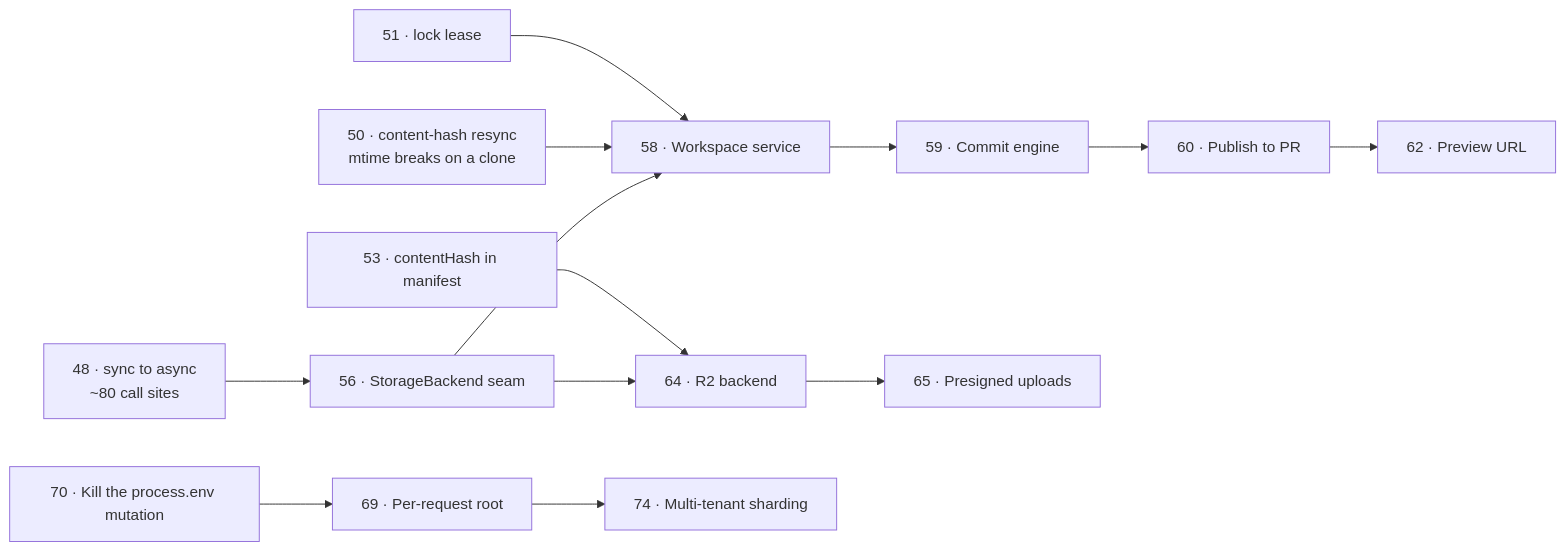
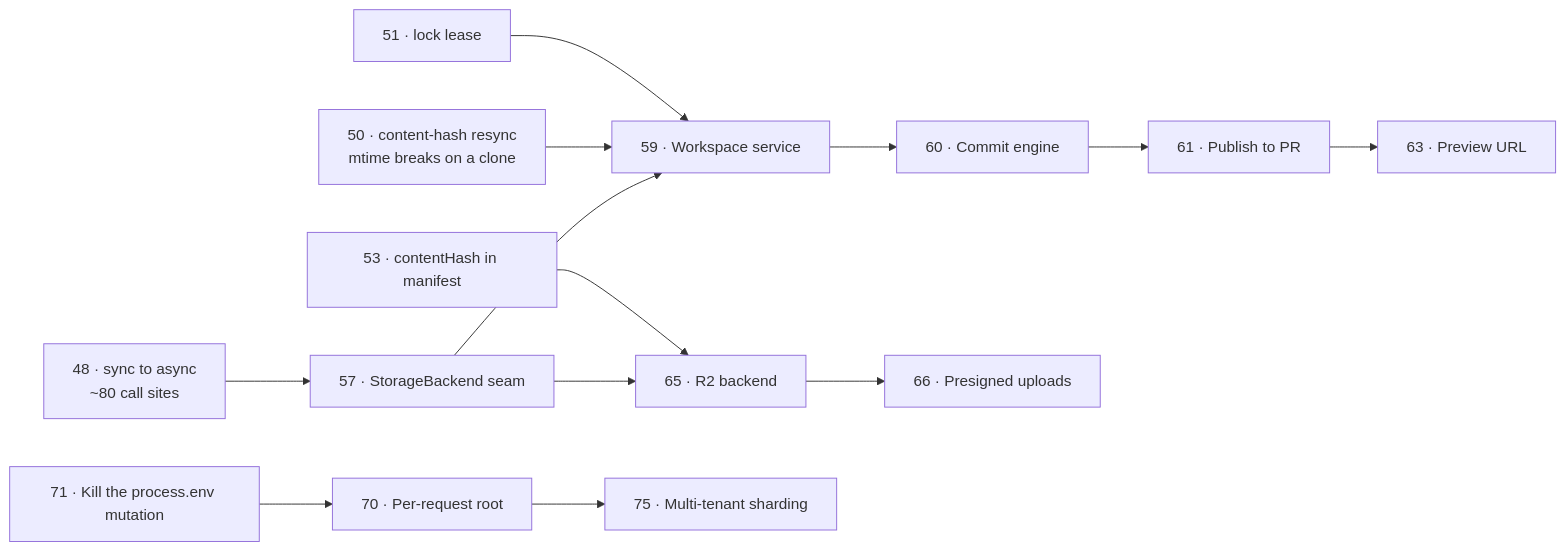
The sixth of 6 diagrams in plans/media-manager-on-the-web.md (nicbat/media-manager), drawn with Mermaid before and after one commit. The commit also changed other lines of this file and 19 other files, not shown here.

````diff
--- a/plans/media-manager-on-the-web.md
+++ b/plans/media-manager-on-the-web.md
@@ -267,30 +428,30 @@
 ```mermaid
 flowchart LR
   A48["48 · sync to async<br/>~80 call sites"]
   A50["50 · content-hash resync<br/>mtime breaks on a clone"]
   A51["51 · lock lease"]
   A53["53 · contentHash in manifest"]
-  A56["56 · StorageBackend seam"]
-  A58["58 · Workspace service"]
-  A59["59 · Commit engine"]
-  A60["60 · Publish to PR"]
-  A62["62 · Preview URL"]
-  A64["64 · R2 backend"]
-  A65["65 · Presigned uploads"]
-  A69["69 · Per-request root"]
-  A70["70 · Kill the process.env mutation"]
-  A74["74 · Multi-tenant sharding"]
+  A56["57 · StorageBackend seam"]
+  A58["59 · Workspace service"]
+  A59["60 · Commit engine"]
+  A60["61 · Publish to PR"]
+  A62["63 · Preview URL"]
+  A64["65 · R2 backend"]
+  A65["66 · Presigned uploads"]
+  A69["70 · Per-request root"]
+  A70["71 · Kill the process.env mutation"]
+  A74["75 · Multi-tenant sharding"]
 
   A48 --> A56
   A51 --> A58
   A50 --> A58
   A53 --> A64
   A56 --> A58
   A56 --> A64
   A58 --> A59
   A59 --> A60
   A60 --> A62
   A64 --> A65
   A70 --> A69
   A69 --> A74
 ```
````
